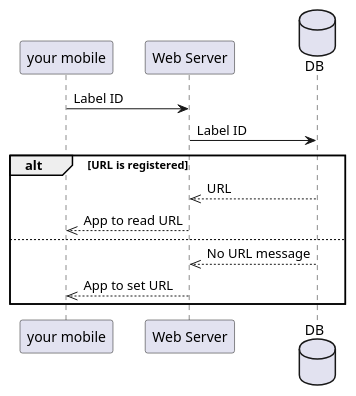
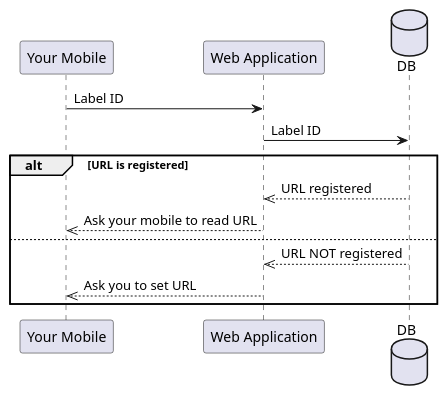
One commit to UedaTakeyuki/magiclabel-doc2 changed the second of 2 diagrams in content/en/docs/Concepts/_index.md. Above: the diagram before and after it, drawn with PlantUML. The commit also changed other lines of this file, not shown here.

````diff
--- a/content/en/docs/Concepts/_index.md
+++ b/content/en/docs/Concepts/_index.md
@@ -32,16 +38,16 @@
 ```plantuml
-participant "your mobile" as App
-participant "Web Server" as Web
+participant "Your Mobile" as App
+participant "Web Application" as Web
 database DB as DB
 
 App -> Web : Label ID
 Web -> DB  : Label ID
 
 alt URL is registered
-  DB -->> Web : URL
-  Web -->> App : App to read URL
+  DB -->> Web : URL registered
+  Web -->> App : Ask your mobile to read URL
 else 
-  DB -->> Web : No URL message
-  Web -->> App : App to set URL
+  DB -->> Web : URL NOT registered
+  Web -->> App : Ask you to set URL
 end
 ```
````
